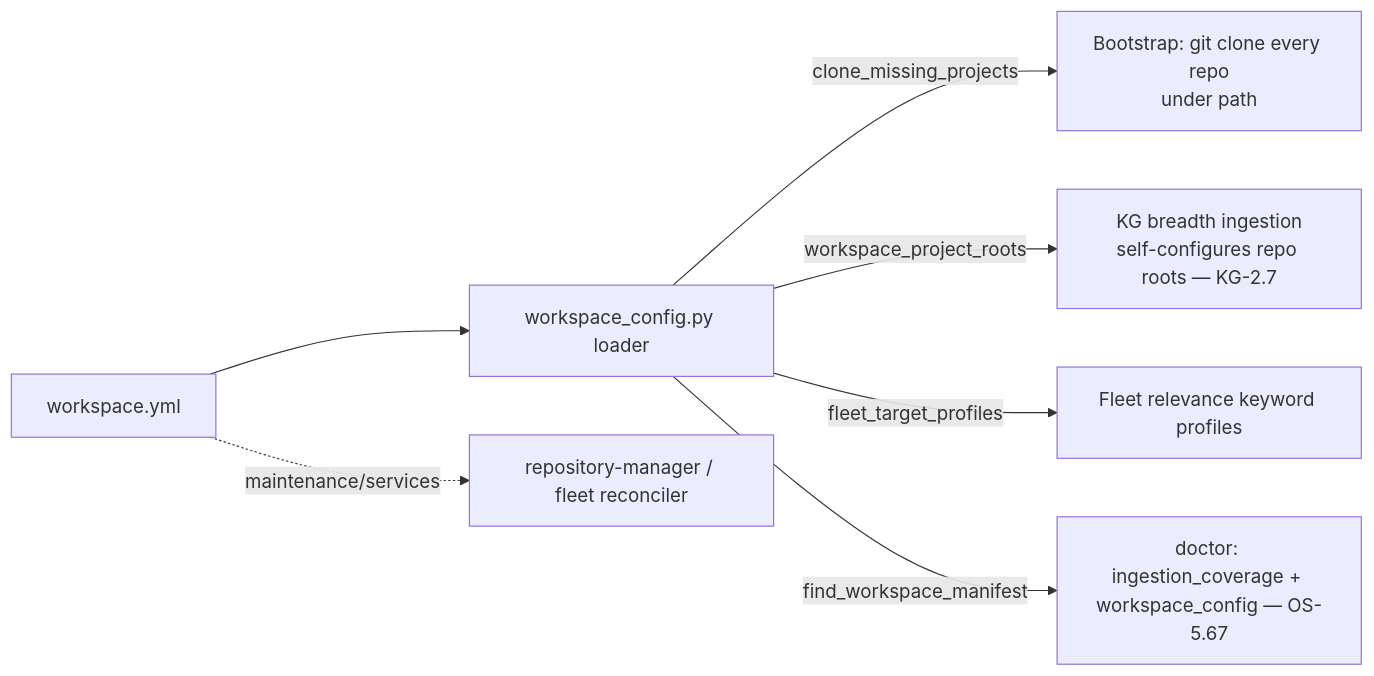
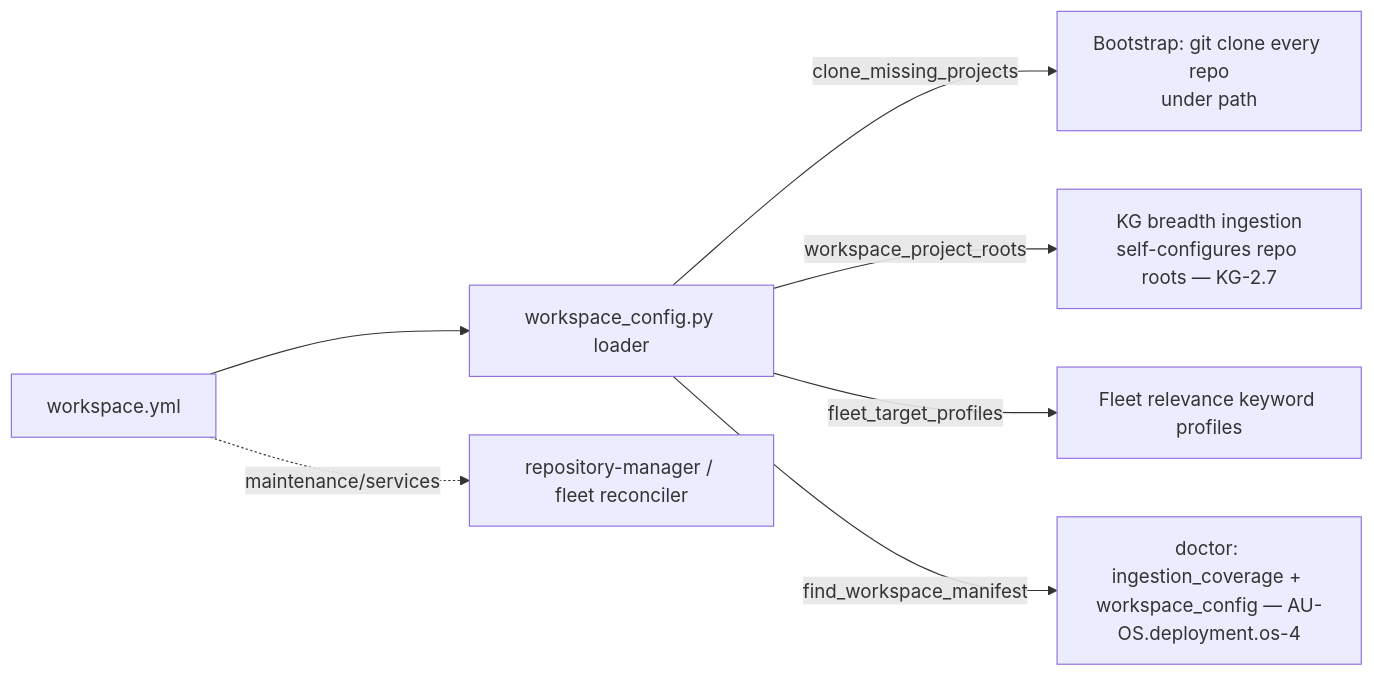
The diagram in docs/guides/workspace-config.md (Knuckles-Team/agent-utilities), drawn with Mermaid before and after one commit. The commit also changed other lines of this file and 2324 other files, not shown here.

````diff
--- a/docs/guides/workspace-config.md
+++ b/docs/guides/workspace-config.md
@@ -84,9 +84,9 @@
 ```mermaid
 flowchart LR
     YML[workspace.yml] --> L[workspace_config.py loader]
     L -->|clone_missing_projects| BOOT["Bootstrap: git clone every repo<br/>under path"]
     L -->|workspace_project_roots| KG["KG breadth ingestion<br/>self-configures repo roots — KG-2.7"]
     L -->|fleet_target_profiles| REL[Fleet relevance keyword profiles]
-    L -->|find_workspace_manifest| DOC[doctor: ingestion_coverage + workspace_config — OS-5.67]
+    L -->|find_workspace_manifest| DOC[doctor: ingestion_coverage + workspace_config — AU-OS.deployment.os-4]
     YML -.maintenance/services.-> EXT[repository-manager / fleet reconciler]
 ```
````
